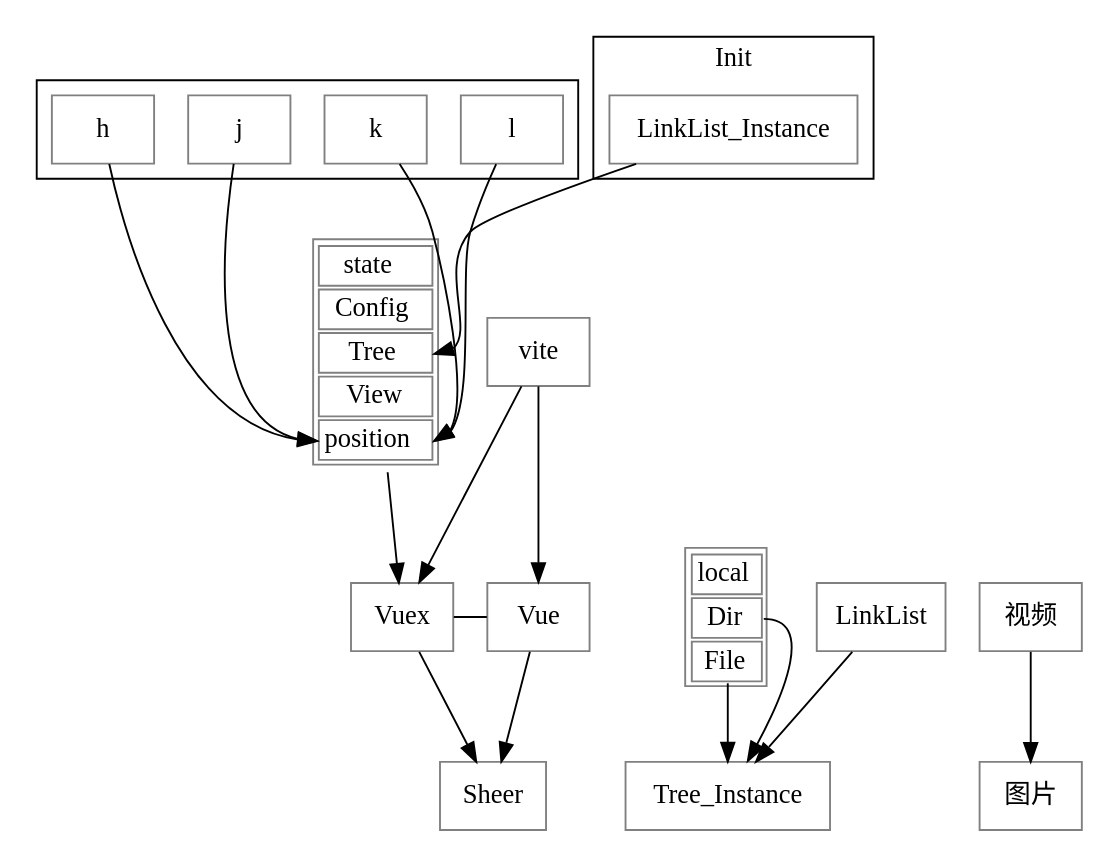
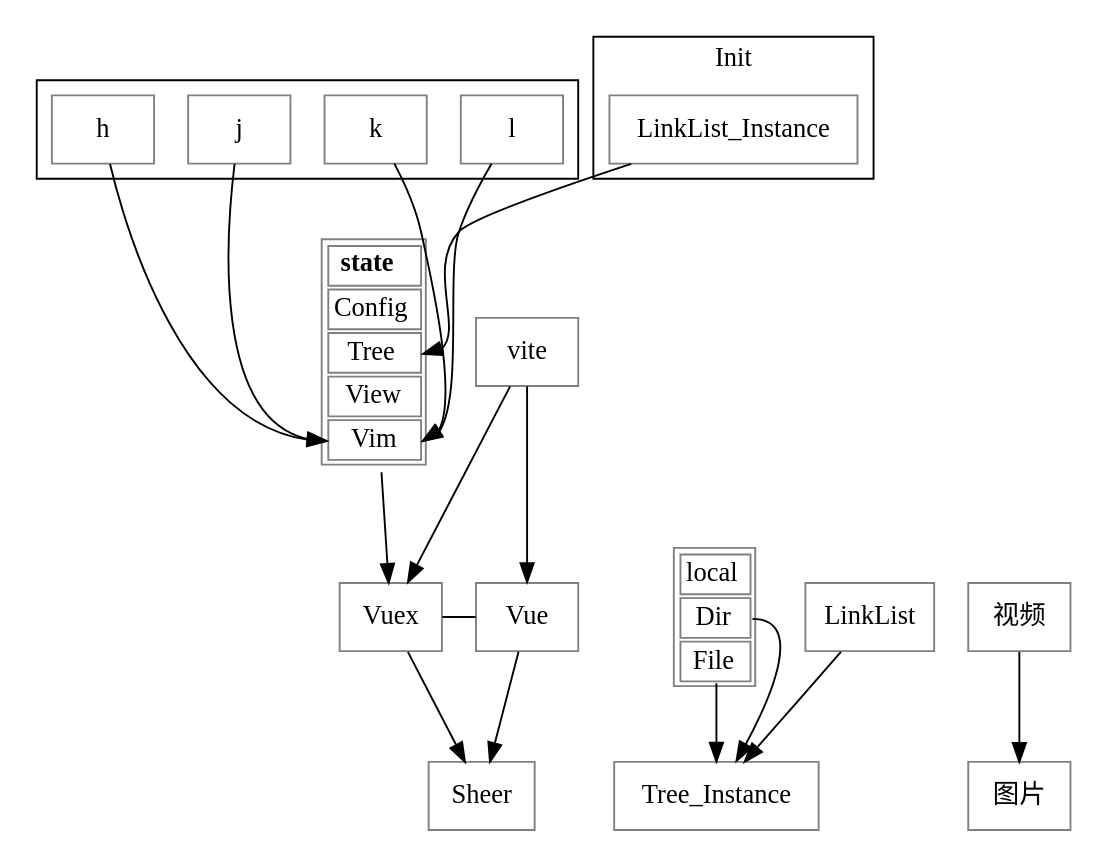
One commit to WingDust/Sheer changed the diagram in construct.dot. Above: the diagram before and after it, drawn with Graphviz. The commit also changed 7 other files, not shown here.

```diff
--- a/construct.dot
+++ b/construct.dot
@@ -1,86 +1,88 @@
 digraph construct {
 
     node [color=gray,shape=box,fontname="Source Code Variable ExtraLight Italic"];
     node [fontname="98WB-1"];
     {rank=max;Sheer}
 
     local [
         shape = plaintext
         label =<
         <table border='1' cellborder='1'>
             <tr><td colspan="1">local</td></tr>
              <tr>
              <td port='port_one'>Dir</td>
             </tr>
              <tr>
              <td port='port_two'>File</td>
             </tr>
         </table>
         >
     ];
     state [
         shape = plaintext
         label =<
         <table border='1' cellborder='1'>
-            <tr><td colspan="1">state</td></tr>
+            <tr><td  colspan="1"><b>state</b></td></tr>
              <tr>
              <td port='port_one'>Config</td>
             </tr>
              <tr>
              <td port='port_two'>Tree</td>
             </tr>
              <tr>
              <td port='port_three'>View</td>
             </tr>
              <tr>
-             <td port='port_four'>position</td>
+             <td port='port_four'>Vim</td>
             </tr>
         </table>
         >
     ];
     subgraph cluster_vim{
         l;
         k;
         j;
         h;
     }
     h -> state:port_four
     j -> state:port_four
     k -> state:port_four
     l -> state:port_four
     subgraph cluster_init{
         label = "Init";
         LinkList_Instance ;
     }
 
     subgraph dependencies{
         // label="asd";
         // labelloc= "t";
         Vue;
         Vuex;
     }
     { rank=same; Vue Vuex };
     Vuex -> Vue[arrowhead=none];
     Vuex -> {Sheer};
     state -> Vuex;
     Vue -> Sheer ;
     vite -> Vue;
     vite -> Vuex;
 
     // subgraph cluster_p{
     subgraph cluster_datastructure{
         // label="ad";
         LinkList
         pos = "1,2!"
     }
     { rank=same; LinkList };
     LinkList -> Tree_Instance;
     {LinkList_Instance} -> state:port_two;
 
     local:port_one -> Tree_Instance;
     local:port_two -> Tree_Instance;
 
     {rank = some; 视频 图片}
     视频-> 图片
 
+
+
 }
```
